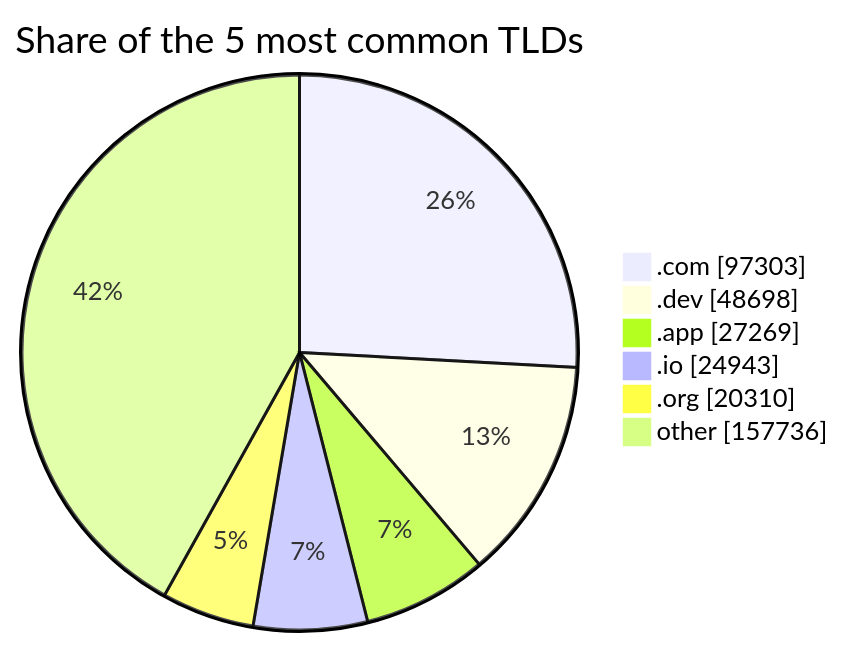
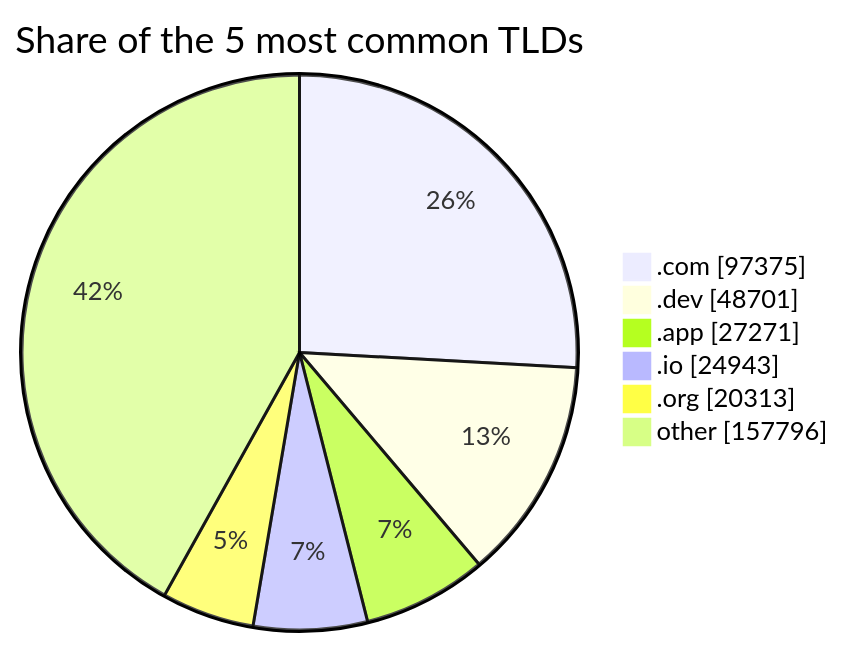
Before and after one commit to DNSBunker/CTI: the third of 3 diagrams in README.md, drawn with Mermaid. The commit also changed other lines of this file and 3 other files, not shown here.

````diff
--- a/README.md
+++ b/README.md
@@ -81,9 +81,9 @@
 ```mermaid
 pie showData title Share of the 5 most common TLDs
-    ".com" : 97303
-    ".dev" : 48698
-    ".app" : 27269
+    ".com" : 97375
+    ".dev" : 48701
+    ".app" : 27271
     ".io" : 24943
-    ".org" : 20310
-    "other" : 157736
+    ".org" : 20313
+    "other" : 157796
 ```
````
